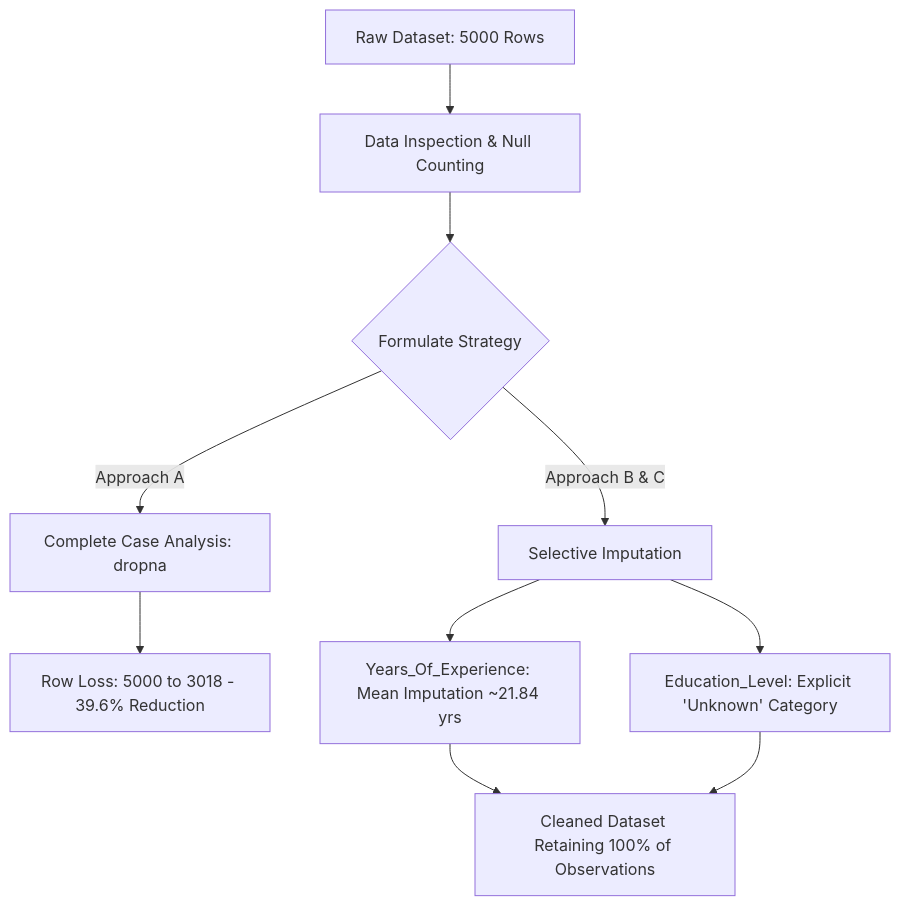
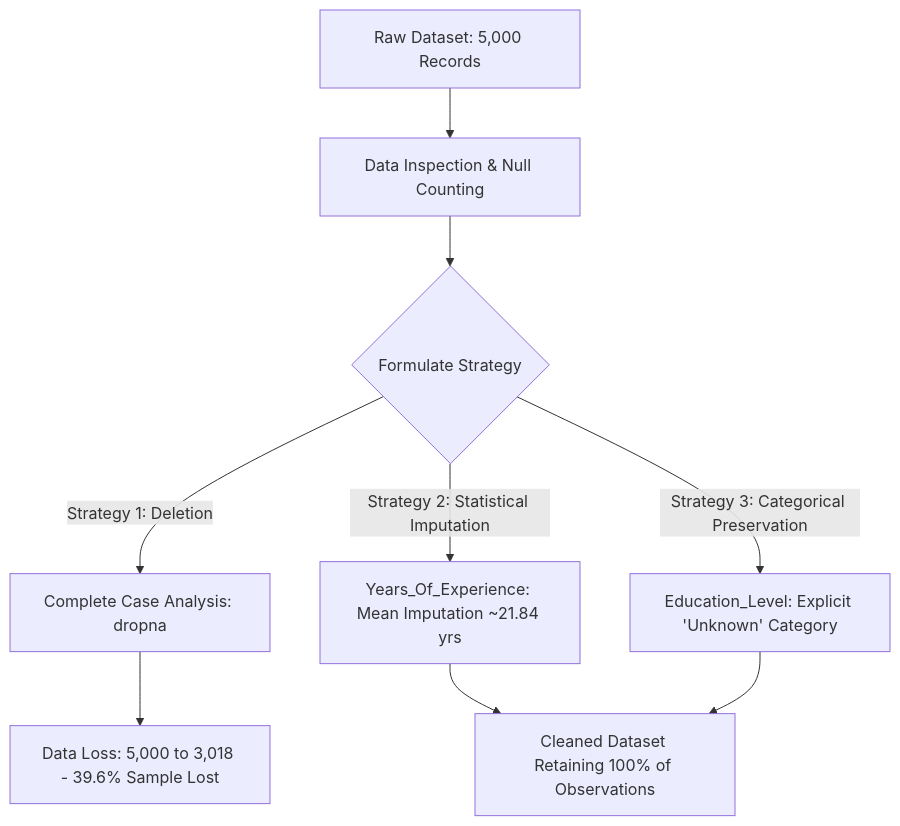
One commit to D-James001/Data-Science-Development changed the first of 2 diagrams in README.md. Above: the diagram before and after it, drawn with Mermaid. The commit also changed other lines of this file and 1 other file, not shown here.

````diff
--- a/README.md
+++ b/README.md
@@ -52,12 +68,11 @@
 ```mermaid
 flowchart TD
-    A[Raw Dataset: 5000 Rows] --> B[Data Inspection & Null Counting]
+    A[Raw Dataset: 5,000 Records] --> B[Data Inspection & Null Counting]
     B --> C{Formulate Strategy}
-    C -->|Approach A| D[Complete Case Analysis: dropna]
-    D --> E[Row Loss: 5000 to 3018 - 39.6% Reduction]
-    C -->|Approach B & C| F[Selective Imputation]
-    F --> G[Years_Of_Experience: Mean Imputation ~21.84 yrs]
-    F --> H[Education_Level: Explicit 'Unknown' Category]
-    G --> I[Cleaned Dataset Retaining 100% of Observations]
-    H --> I
+    C -->|Strategy 1: Deletion| D[Complete Case Analysis: dropna]
+    D --> E[Data Loss: 5,000 to 3,018 - 39.6% Sample Lost]
+    C -->|Strategy 2: Statistical Imputation| F[Years_Of_Experience: Mean Imputation ~21.84 yrs]
+    C -->|Strategy 3: Categorical Preservation| G[Education_Level: Explicit 'Unknown' Category]
+    F --> H[Cleaned Dataset Retaining 100% of Observations]
+    G --> H
 ```
````
